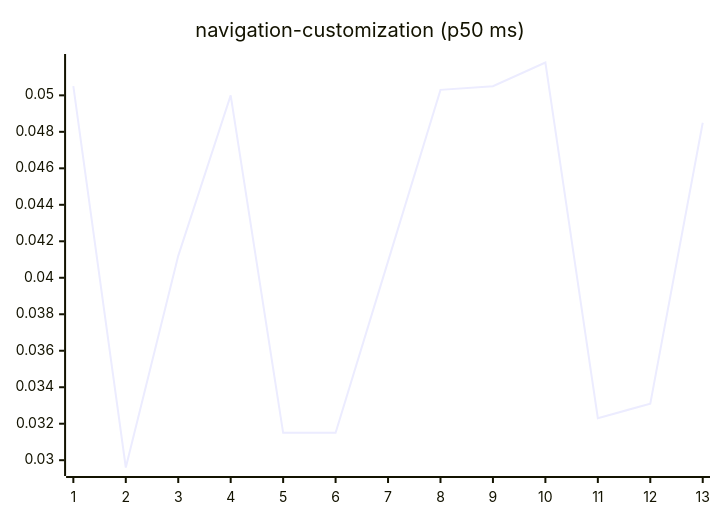
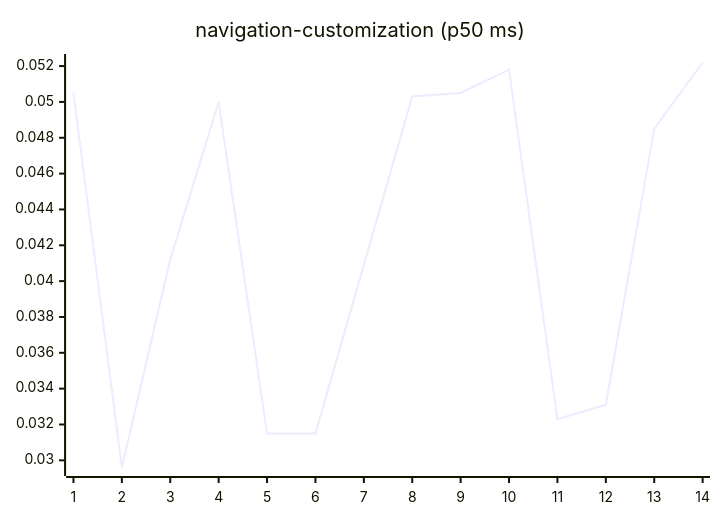
Before and after one commit to josha/Facet: diagram 15 of 27 in README.md, drawn with Mermaid. The commit also changed other lines of this file and 2 other files, not shown here.

````diff
--- a/README.md
+++ b/README.md
@@ -161,6 +161,6 @@
 ```mermaid
 xychart-beta
     title "navigation-customization (p50 ms)"
-    x-axis 1 --> 13
-    line [0.0505, 0.0296, 0.0412, 0.0500, 0.0315, 0.0315, 0.0409, 0.0503, 0.0505, 0.0518, 0.0323, 0.0331, 0.0485]
+    x-axis 1 --> 14
+    line [0.0505, 0.0296, 0.0412, 0.0500, 0.0315, 0.0315, 0.0409, 0.0503, 0.0505, 0.0518, 0.0323, 0.0331, 0.0485, 0.0522]
 ```
````
